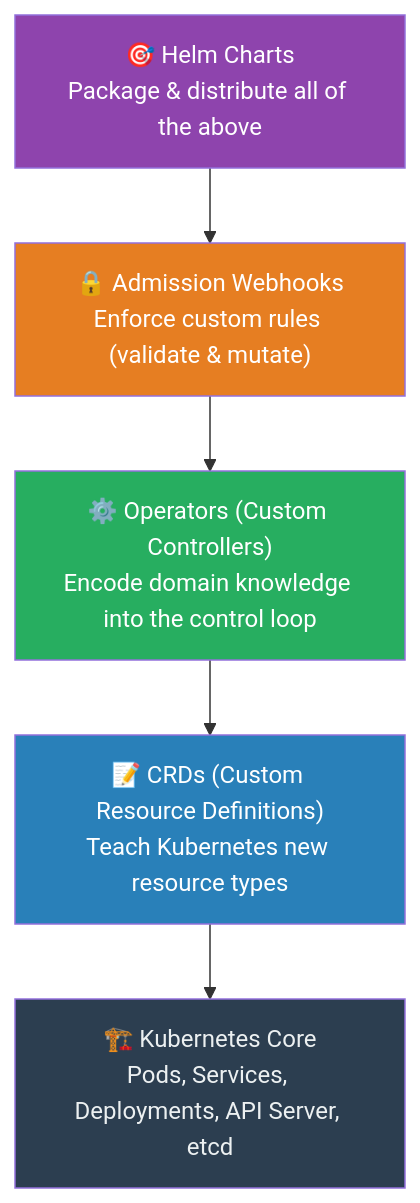
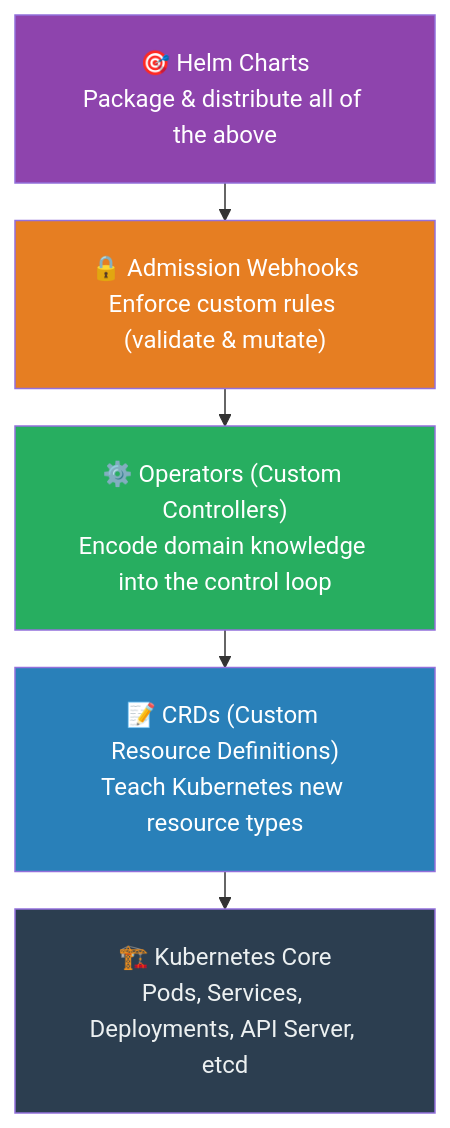
One commit to Alnour/kube_book changed the fourth of 4 diagrams in Chapter_6_Expanded.md. Above: the diagram before and after it, drawn with Mermaid. The commit also changed other lines of this file and 7 other files, not shown here.

First line of the commit message:
Fix Mermaid diagram sizing, layout, and label rendering

````diff
--- a/Chapter_6_Expanded.md
+++ b/Chapter_6_Expanded.md
@@ -217,16 +220,17 @@
 ```mermaid
+%%{init: {'flowchart': {'nodeSpacing': 10, 'rankSpacing': 25, 'padding': 20, 'subGraphTitleMargin': {'top': 10, 'bottom': 5}}}}%%
 graph TB
-    Helm["🎯 Helm Charts\nPackage & distribute all of the above"]
-    Webhooks["🔒 Admission Webhooks\nEnforce custom rules (validate & mutate)"]
-    Operators["⚙️ Operators (Custom Controllers)\nEncode domain knowledge into the control loop"]
-    CRDs["📝 CRDs (Custom Resource Definitions)\nTeach Kubernetes new resource types"]
-    Core["🏗️ Kubernetes Core\nPods, Services, Deployments, API Server, etcd"]
+    Helm["🎯 Helm Charts<br/>Package & distribute all of the above"]
+    Webhooks["🔒 Admission Webhooks<br/>Enforce custom rules (validate & mutate)"]
+    Operators["⚙️ Operators (Custom Controllers)<br/>Encode domain knowledge into the control loop"]
+    CRDs["📝 CRDs (Custom Resource Definitions)<br/>Teach Kubernetes new resource types"]
+    Core["🏗️ Kubernetes Core<br/>Pods, Services, Deployments, API Server, etcd"]
 
     Helm --> Webhooks --> Operators --> CRDs --> Core
 
     style Core fill:#2c3e50,color:#ecf0f1
     style CRDs fill:#2980b9,color:#fff
     style Operators fill:#27ae60,color:#fff
     style Webhooks fill:#e67e22,color:#fff
     style Helm fill:#8e44ad,color:#fff
 ```
````
